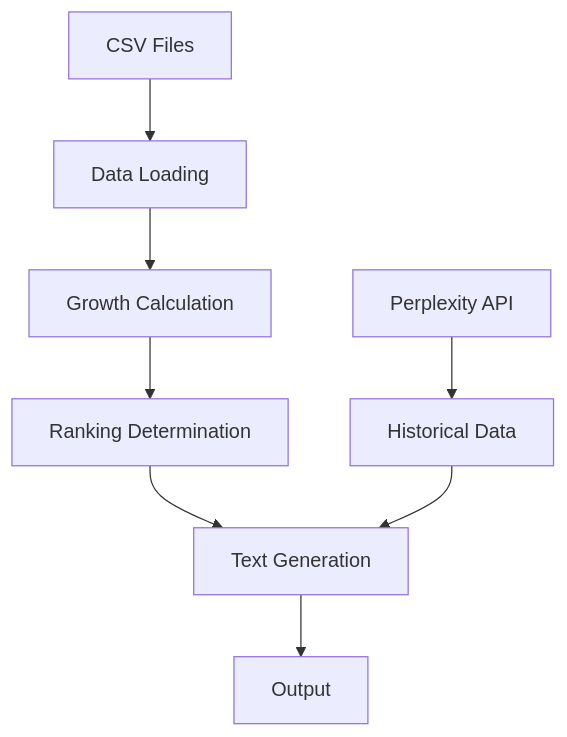
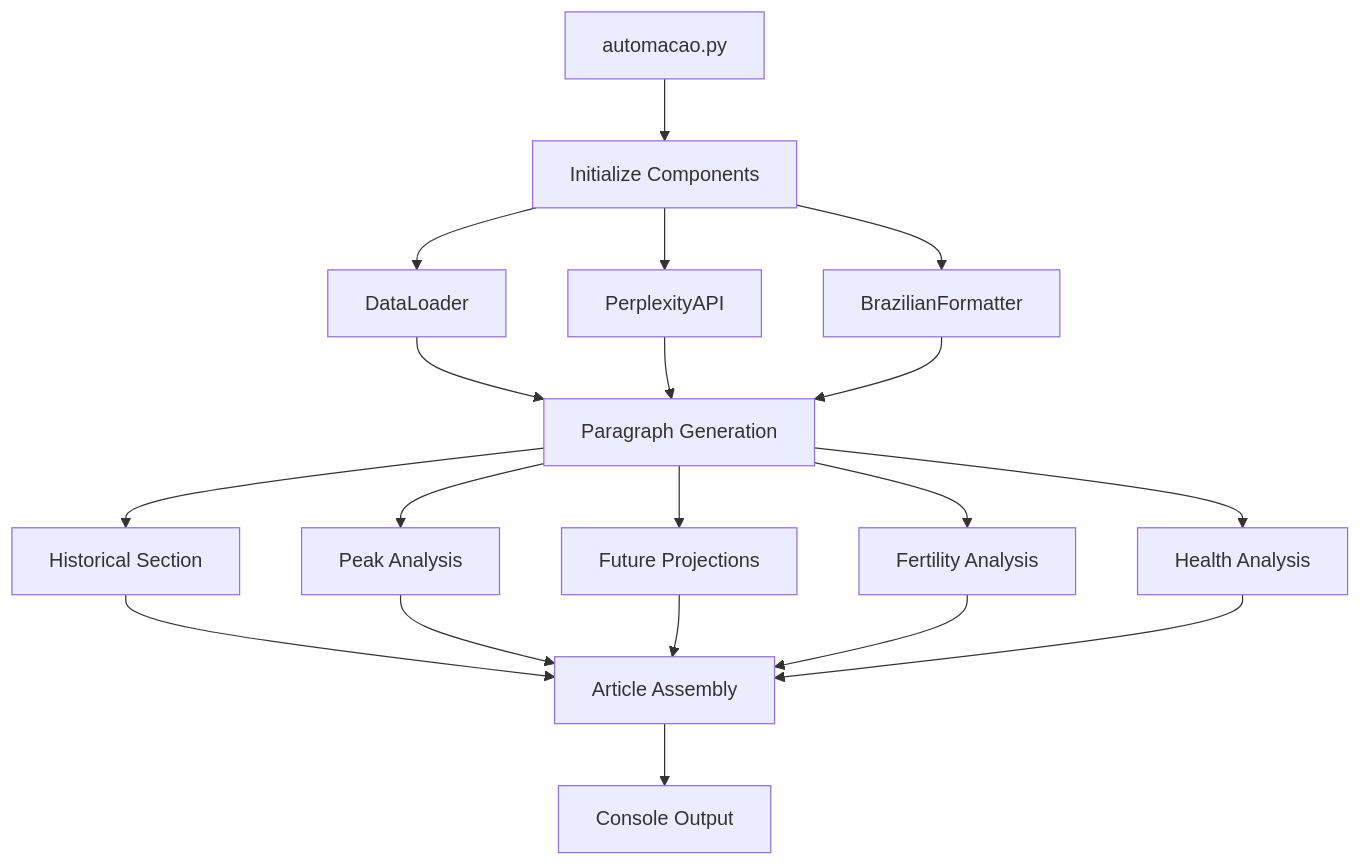
One commit to henrymazer/blog-automacao changed the diagram in memory-bank/systemPatterns.md. Above: the diagram before and after it, drawn with Mermaid. The commit also changed other lines of this file and 115 other files, not shown here.

````diff
--- a/memory-bank/systemPatterns.md
+++ b/memory-bank/systemPatterns.md
@@ -87,10 +152,25 @@
 ```mermaid
 graph TD
-    A[CSV Files] --> B[Data Loading]
-    B --> C[Growth Calculation]
-    C --> D[Ranking Determination]
-    D --> E[Text Generation]
-    F[Perplexity API] --> G[Historical Data]
-    G --> E
-    E --> H[Output]
+    A[automacao.py] --> B[Initialize Components]
+    B --> C[DataLoader]
+    B --> D[PerplexityAPI]
+    B --> E[BrazilianFormatter]
+    
+    C --> F[Paragraph Generation]
+    D --> F
+    E --> F
+    
+    F --> G[Historical Section]
+    F --> H[Peak Analysis]
+    F --> I[Future Projections]
+    F --> J[Fertility Analysis]
+    F --> K[Health Analysis]
+    
+    G --> L[Article Assembly]
+    H --> L
+    I --> L
+    J --> L
+    K --> L
+    
+    L --> M[Console Output]
 ```
````
